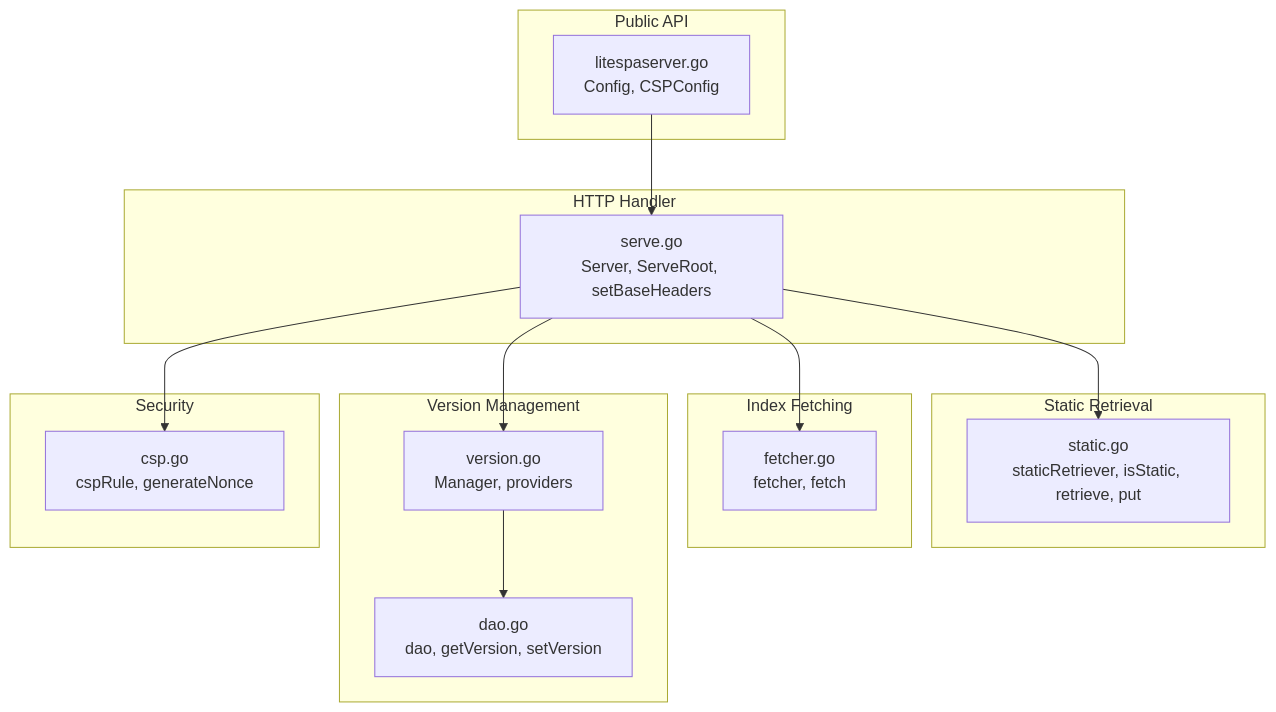
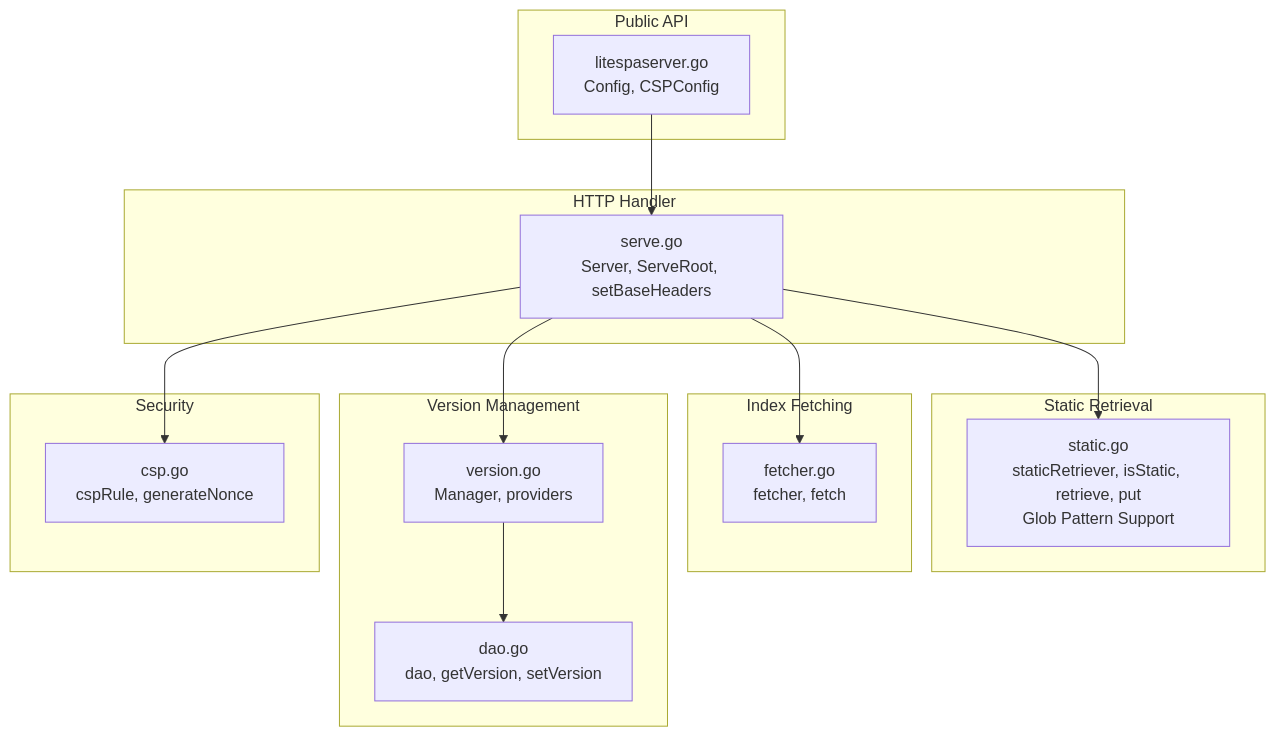
The first of 4 diagrams in .qoder/repowiki/en/content/Lite SPA Server Module/Static File Serving.md (visdomtech/orcacommon), drawn with Mermaid before and after one commit. The commit also changed other lines of this file and 3 other files, not shown here.

````diff
--- a/.qoder/repowiki/en/content/Lite SPA Server Module/Static File Serving.md
+++ b/.qoder/repowiki/en/content/Lite SPA Server Module/Static File Serving.md
@@ -43,28 +51,28 @@
 ```mermaid
 graph TB
 subgraph "Public API"
 LSS["litespaserver.go<br/>Config, CSPConfig"]
 end
 subgraph "HTTP Handler"
 S["serve.go<br/>Server, ServeRoot, setBaseHeaders"]
 end
 subgraph "Static Retrieval"
-SR["static.go<br/>staticRetriever, isStatic, retrieve, put"]
+SR["static.go<br/>staticRetriever, isStatic, retrieve, put<br/>Glob Pattern Support"]
 end
 subgraph "Index Fetching"
 F["fetcher.go<br/>fetcher, fetch"]
 end
 subgraph "Version Management"
 M["version.go<br/>Manager, providers"]
 D["dao.go<br/>dao, getVersion, setVersion"]
 end
 subgraph "Security"
 CSP["csp.go<br/>cspRule, generateNonce"]
 end
 LSS --> S
 S --> SR
 S --> F
 S --> M
 M --> D
 S --> CSP
 ```
````
